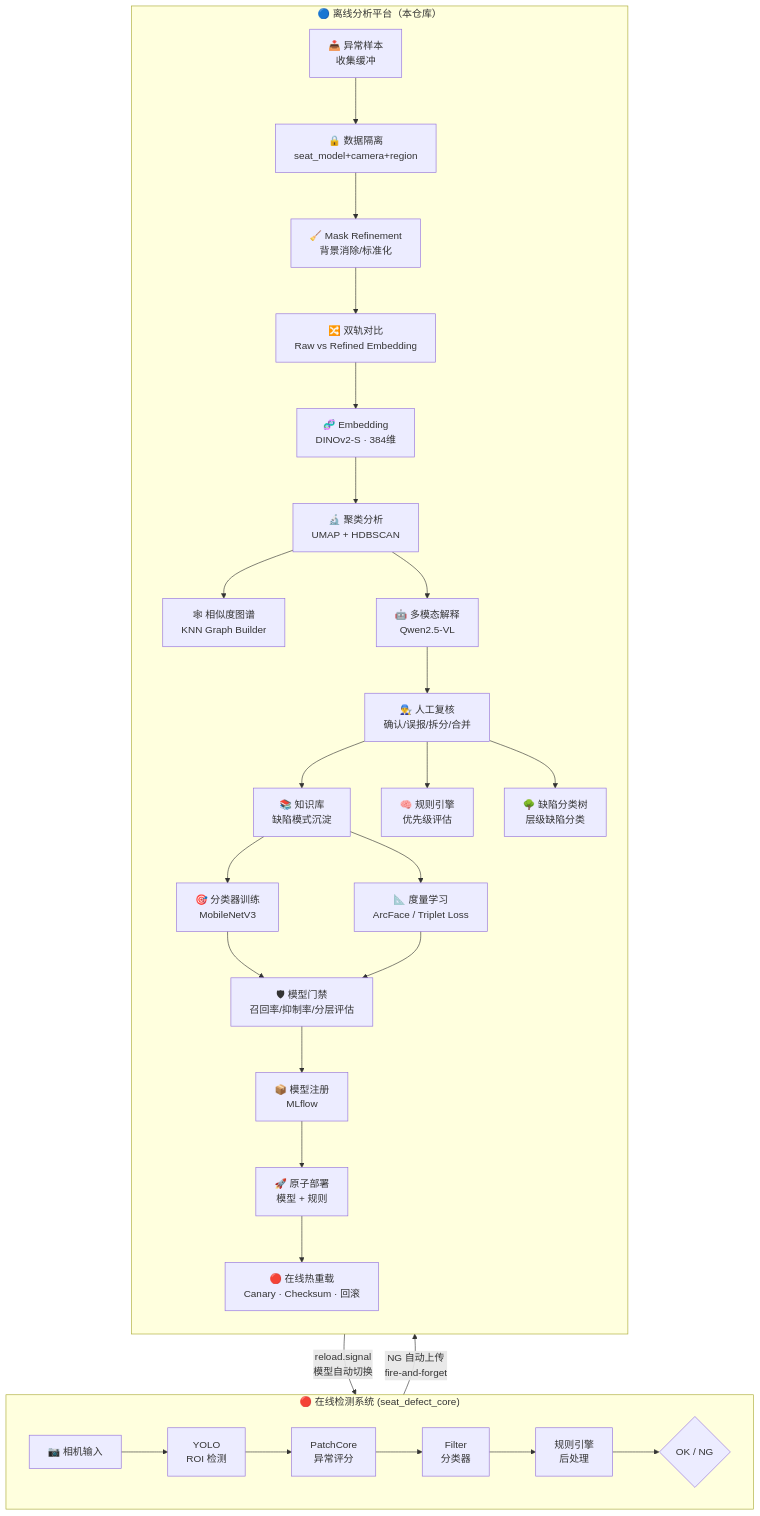
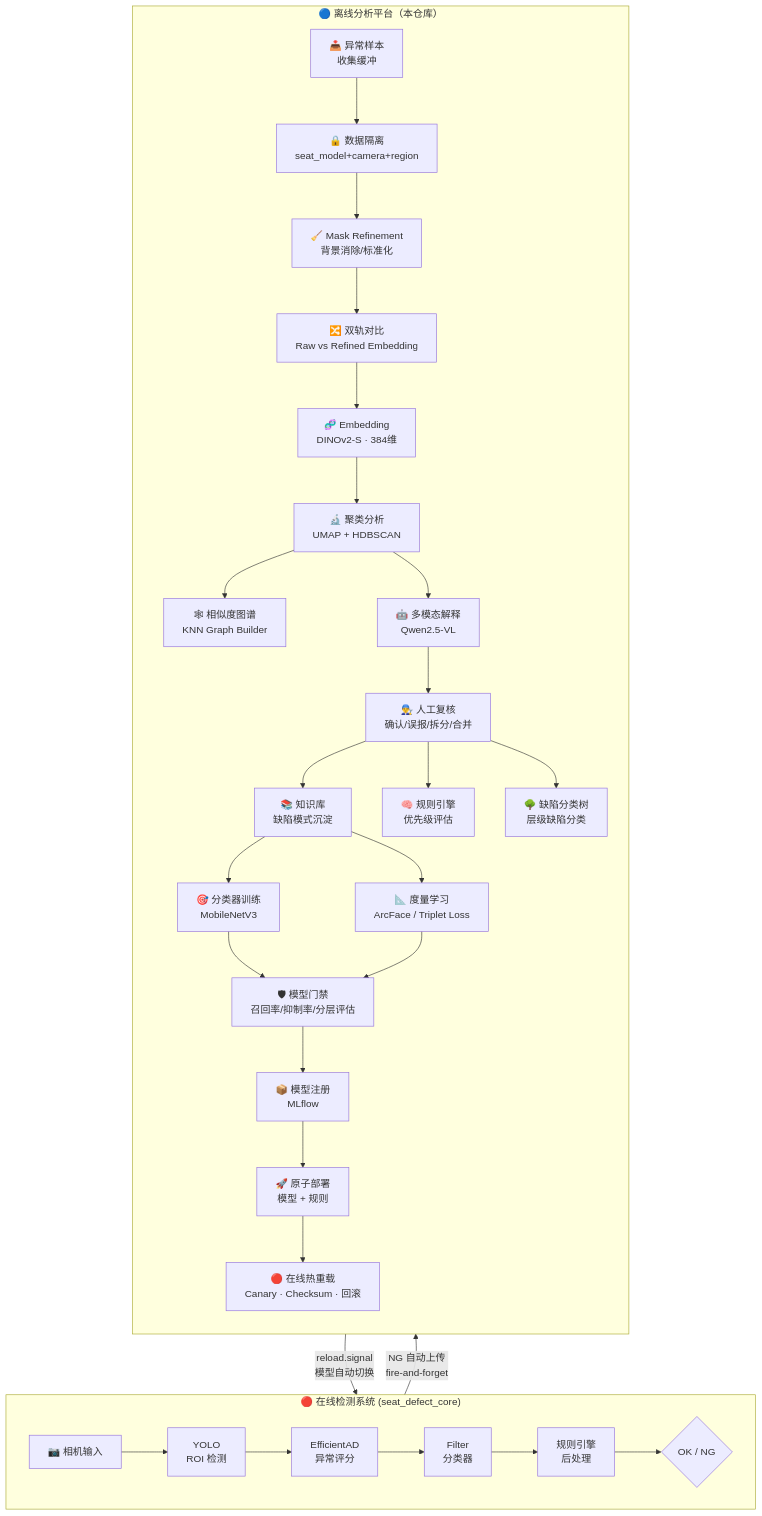
One commit to celien99/offline-analysis-platform changed the diagram in README.md. Above: the diagram before and after it, drawn with Mermaid. The commit also changed other lines of this file and 1 other file, not shown here.

Commit message:
docs: update README and USAGE for EfficientAD migration

````diff
--- a/README.md
+++ b/README.md
@@ -35,36 +35,36 @@
 ```mermaid
 flowchart TB
     subgraph ONLINE["🔴 在线检测系统 (seat_defect_core)"]
         direction LR
         CAM["📷 相机输入"] --> YOLO["YOLO<br/>ROI 检测"]
-        YOLO --> PC["PatchCore<br/>异常评分"]
+        YOLO --> PC["EfficientAD<br/>异常评分"]
         PC --> FC["Filter<br/>分类器"]
         FC --> RE["规则引擎<br/>后处理"]
         RE --> DECISION{"OK / NG"}
     end
 
     subgraph OFFLINE["🔵 离线分析平台（本仓库）"]
         direction TB
         INGEST["📥 异常样本<br/>收集缓冲"] --> ISOLATION["🔒 数据隔离<br/>seat_model+camera+region"]
         ISOLATION --> MASK["🧹 Mask Refinement<br/>背景消除/标准化"]
         MASK --> DUAL["🔀 双轨对比<br/>Raw vs Refined Embedding"]
         DUAL --> EMBED["🧬 Embedding<br/>DINOv2-S · 384维"]
         EMBED --> CLUSTER["🔬 聚类分析<br/>UMAP + HDBSCAN"]
         CLUSTER --> GRAPH["🕸 相似度图谱<br/>KNN Graph Builder"]
         CLUSTER --> VLM["🤖 多模态解释<br/>Qwen2.5-VL"]
         VLM --> REVIEW["👨‍🔧 人工复核<br/>确认/误报/拆分/合并"]
         REVIEW --> KB["📚 知识库<br/>缺陷模式沉淀"]
         REVIEW --> RULES["🧠 规则引擎<br/>优先级评估"]
         REVIEW --> TAX["🌳 缺陷分类树<br/>层级缺陷分类"]
         KB --> TRAIN["🎯 分类器训练<br/>MobileNetV3"]
         KB --> METRIC["📐 度量学习<br/>ArcFace / Triplet Loss"]
         TRAIN --> GATE["🛡 模型门禁<br/>召回率/抑制率/分层评估"]
         METRIC --> GATE
         GATE --> REGISTRY["📦 模型注册<br/>MLflow"]
         REGISTRY --> DEPLOY["🚀 原子部署<br/>模型 + 规则"]
         DEPLOY --> HOT["🔴 在线热重载<br/>Canary · Checksum · 回滚"]
     end
 
     ONLINE -->|"NG 自动上传<br/>fire-and-forget"| INGEST
     HOT -->|"reload.signal<br/>模型自动切换"| FC
 ```
````
